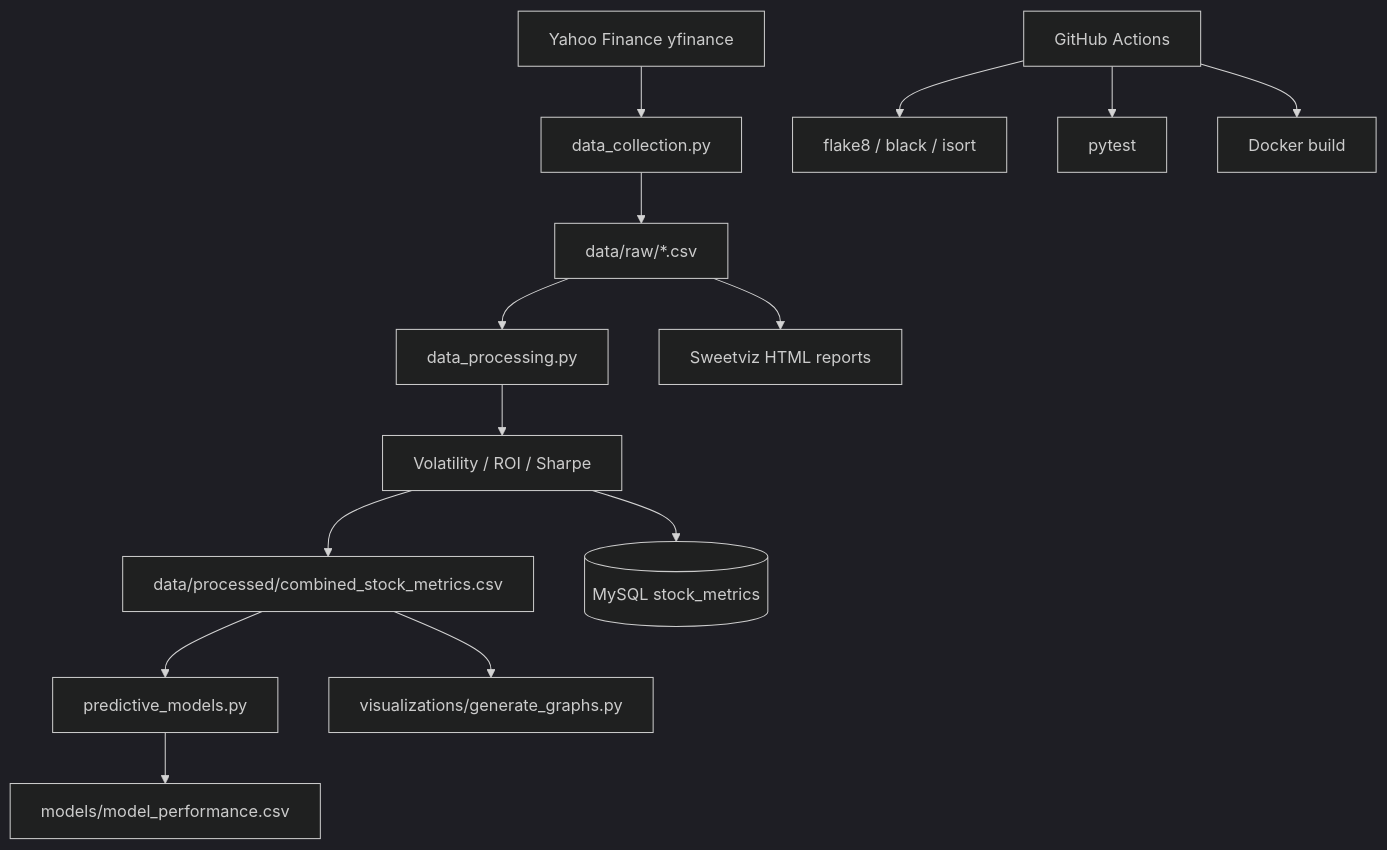
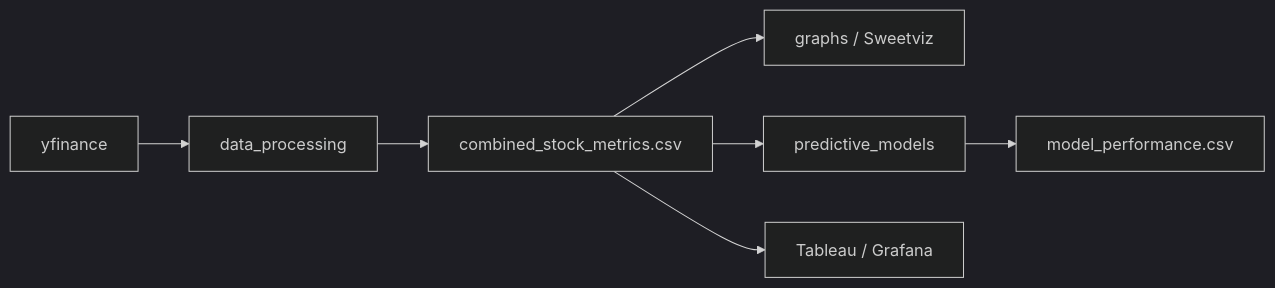
One commit to ArchanaChetan07/financial-risk-dashboard changed the first of 3 diagrams in README.md. Above: the diagram before and after it, drawn with Mermaid (dark theme). The commit also changed other lines of this file, not shown here.

Commit message:
docs: FAANG-ready professional README with diagrams and verified metrics

````diff
--- a/README.md
+++ b/README.md
@@ -31,16 +28,9 @@
 ```mermaid
-flowchart TB
-    YF[Yahoo Finance yfinance] --> DC[data_collection.py]
-    DC --> RAW[data/raw/*.csv]
-    RAW --> DP[data_processing.py]
-    DP --> METRICS[Volatility / ROI / Sharpe]
-    METRICS --> CSV[data/processed/combined_stock_metrics.csv]
-    METRICS --> DB[(MySQL stock_metrics)]
-    CSV --> PM[predictive_models.py]
-    PM --> PERF[models/model_performance.csv]
-    CSV --> VIZ[visualizations/generate_graphs.py]
-    RAW --> EDA[Sweetviz HTML reports]
-    CI[GitHub Actions] --> LINT[flake8 / black / isort]
-    CI --> TEST[pytest]
-    CI --> DOCK[Docker build]
+flowchart LR
+  Y[yfinance] --> P[data_processing]
+  P --> C[combined_stock_metrics.csv]
+  C --> V[graphs / Sweetviz]
+  C --> M[predictive_models]
+  M --> CSV[model_performance.csv]
+  C --> T[Tableau / Grafana]
 ```
````
